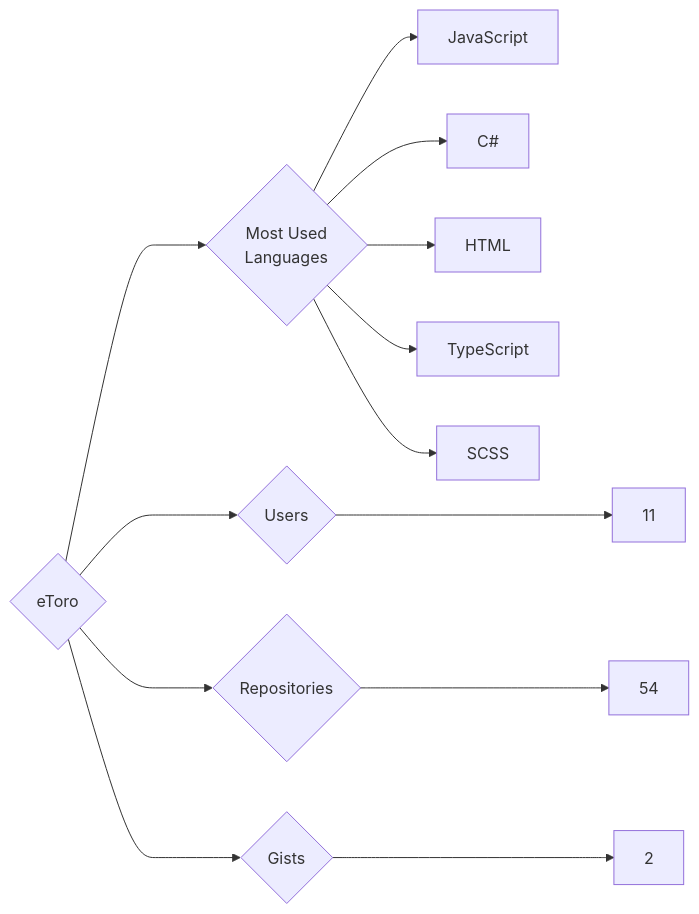
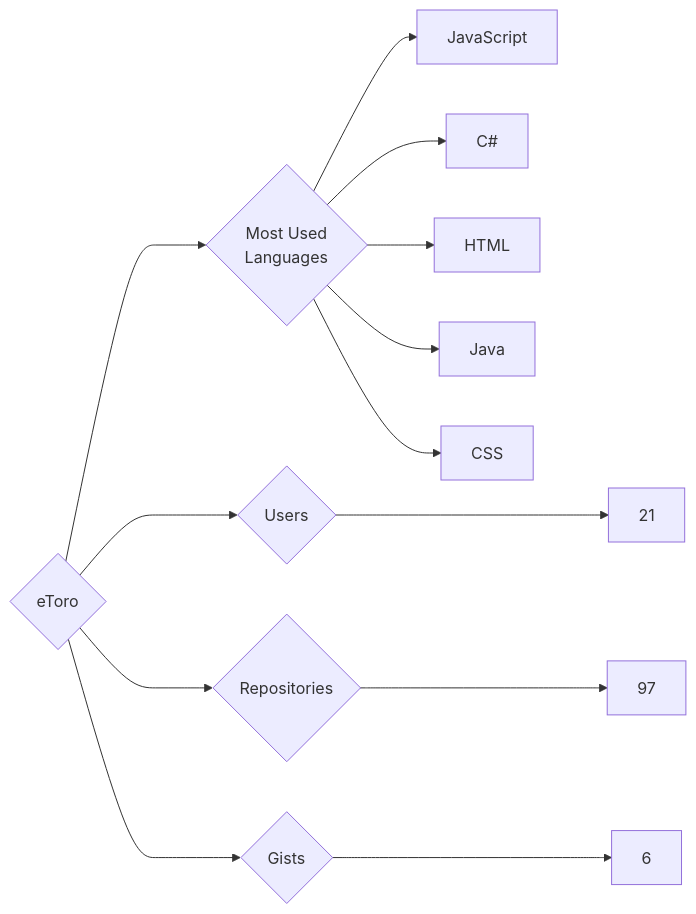
Before and after one commit to trickest/insiders: the diagram in targets/eToro/README.md, drawn with Mermaid. The commit also changed 657 other files, not shown here.

````diff
--- a/targets/eToro/README.md
+++ b/targets/eToro/README.md
@@ -3,13 +3,13 @@
 ```mermaid
 graph LR
 COMPANY_NAME{eToro}
-COMPANY_NAME ---> U{Users} ---> UN[11]
-COMPANY_NAME ---> R{Repositories} ---> RN[54]
-COMPANY_NAME ---> G{Gists} ---> GN[2]
+COMPANY_NAME ---> U{Users} ---> UN[21]
+COMPANY_NAME ---> R{Repositories} ---> RN[97]
+COMPANY_NAME ---> G{Gists} ---> GN[6]
 COMPANY_NAME ---> ML{Most Used<br>Languages}
 ML --> JavaScript[JavaScript]
 ML --> C#[C#]
 ML --> HTML[HTML]
-ML --> TypeScript[TypeScript]
-ML --> SCSS[SCSS]
+ML --> Java[Java]
+ML --> CSS[CSS]
 ```
````
